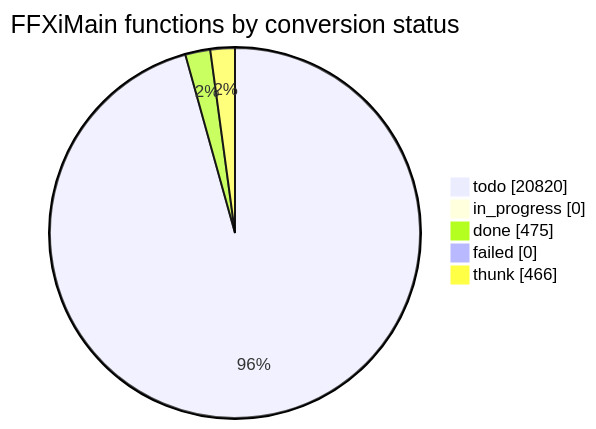
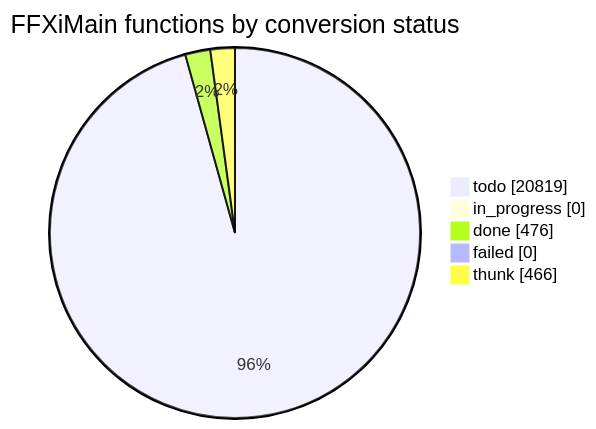
One commit to cowrevenge/cow_kuluu_xi_anything changed the diagram in docs/cow/STATUS.md. Above: the diagram before and after it, drawn with Mermaid. The commit also changed other lines of this file and 9 other files, not shown here.

````diff
--- a/docs/cow/STATUS.md
+++ b/docs/cow/STATUS.md
@@ -18,9 +18,9 @@
 ```mermaid
 pie showData
     title FFXiMain functions by conversion status
-    "todo" : 20820
+    "todo" : 20819
     "in_progress" : 0
-    "done" : 475
+    "done" : 476
     "failed" : 0
     "thunk" : 466
 ```
````
